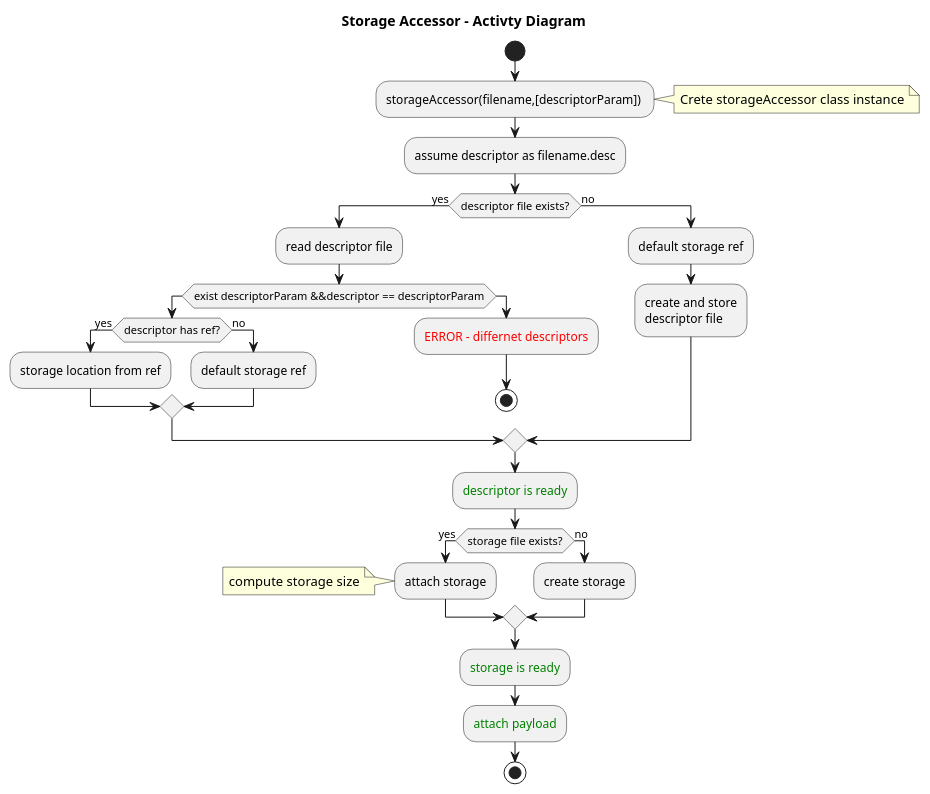
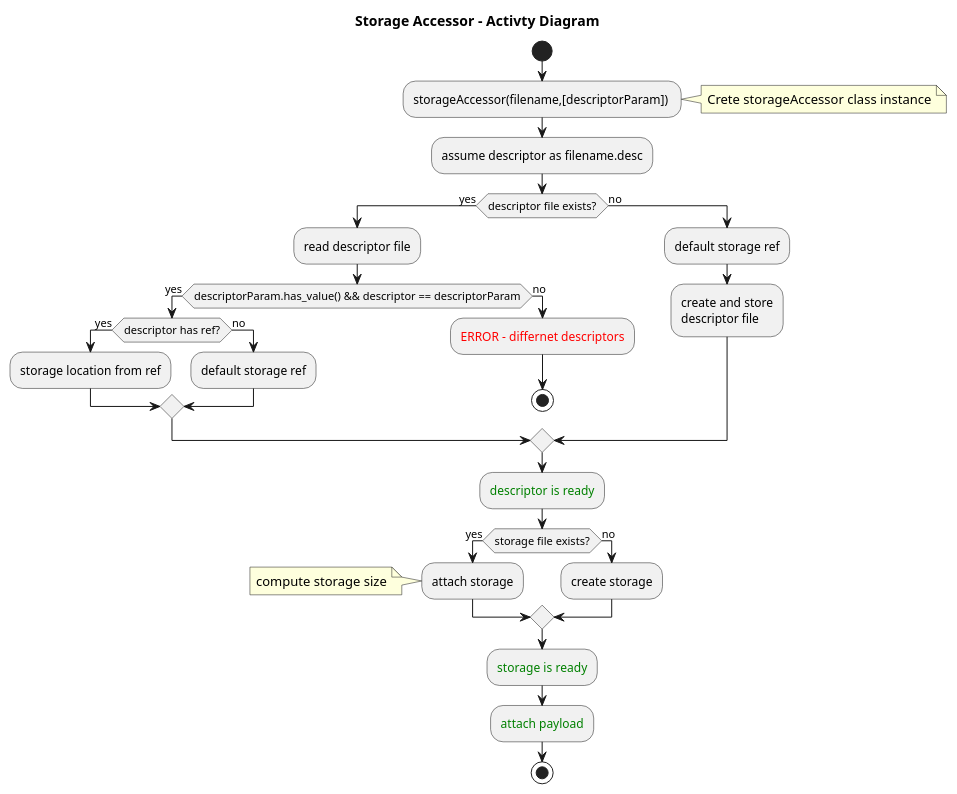
The diagram in src/rdb/UML/rdb-storageaccessor.puml (michalwidera/retractordb), drawn with PlantUML before and after one commit.

```diff
--- a/src/rdb/UML/rdb-storageaccessor.puml
+++ b/src/rdb/UML/rdb-storageaccessor.puml
@@ -1,46 +1,46 @@
 @startuml
 
 title Storage Accessor - Activty Diagram
 
 
 start
 
 :storageAccessor(filename,[descriptorParam]) ;
 note right: Crete storageAccessor class instance
 
 :assume descriptor as filename.desc;
 
 if (descriptor file exists?) then (yes)
   :read descriptor file;
-  if (exist descriptorParam &&descriptor == descriptorParam)
+  if (descriptorParam.has_value() && descriptor == descriptorParam) then (yes)
     if (descriptor has ref?) then (yes)
       :storage location from ref;
     else (no)
       :default storage ref;
     endif
-  else
+  else (no)
     :<color:red>ERROR - differnet descriptors;
     stop
   endif
 else (no)
   :default storage ref;
   :create and store
   descriptor file;
 endif
 
 :<color:green>descriptor is ready;
 
 if (storage file exists?) then (yes)
   :attach storage;
   note left: compute storage size
 else (no)
   :create storage;
 endif
 
 :<color:green>storage is ready;
 
 :<color:green>attach payload;
 
 stop
 
 @enduml
```
